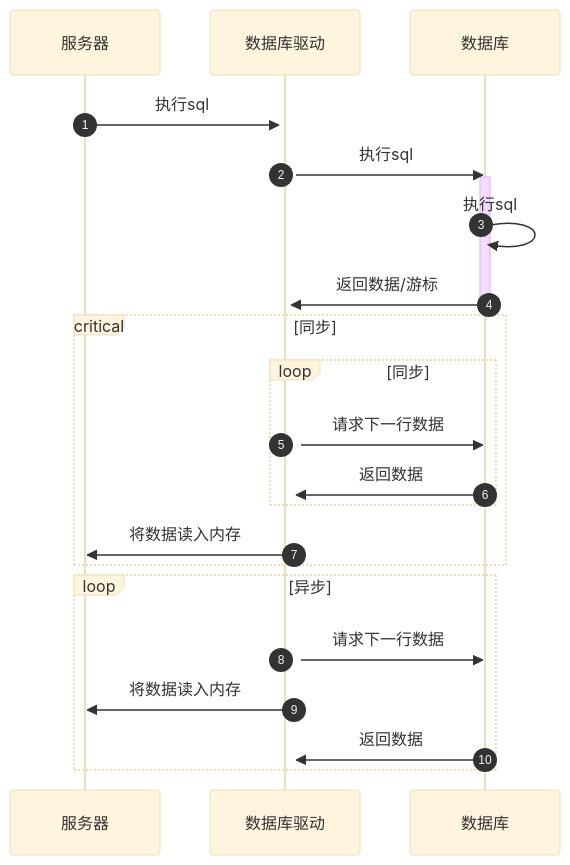
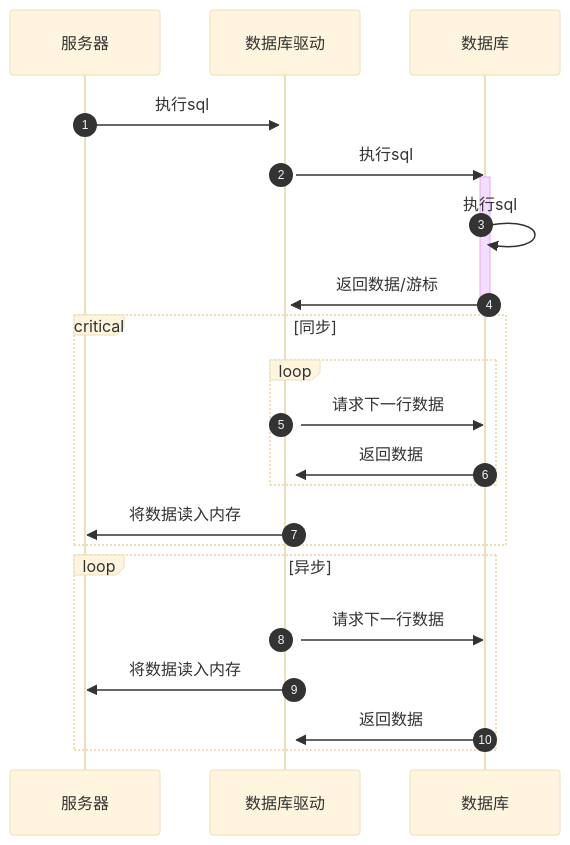
Before and after one commit to HY-10-8/iodraw-files: the diagram in all/AI-服务查询数据.md, drawn with Mermaid (base theme).

Commit message:
2025-11-27 17:47:44 update

````diff
--- a/all/AI-服务查询数据.md
+++ b/all/AI-服务查询数据.md
@@ -1,26 +1,26 @@
 ```mermaid
 sequenceDiagram
     autonumber
     服务器->>+数据库驱动: 执行sql
     数据库驱动->>数据库:执行sql
 
     activate 数据库
     数据库->>数据库: 执行sql
     数据库->>+数据库驱动: 返回数据/游标
     deactivate 数据库
 
     critical 同步
-        loop 同步
+        loop 
             数据库驱动->>数据库: 请求下一行数据
             数据库->>数据库驱动: 返回数据
         end
         数据库驱动->>服务器: 将数据读入内存
     end
 
     loop 异步
         数据库驱动->>数据库: 请求下一行数据
         数据库驱动->>服务器: 将数据读入内存
         数据库->>数据库驱动: 返回数据
     end
 
 ```
````
